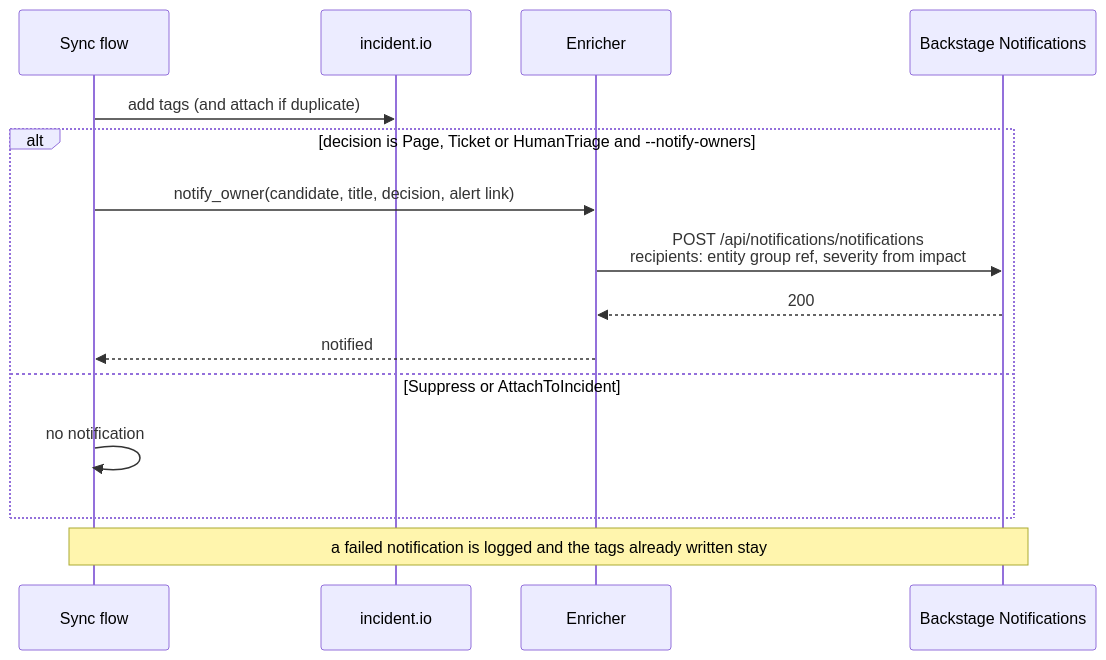
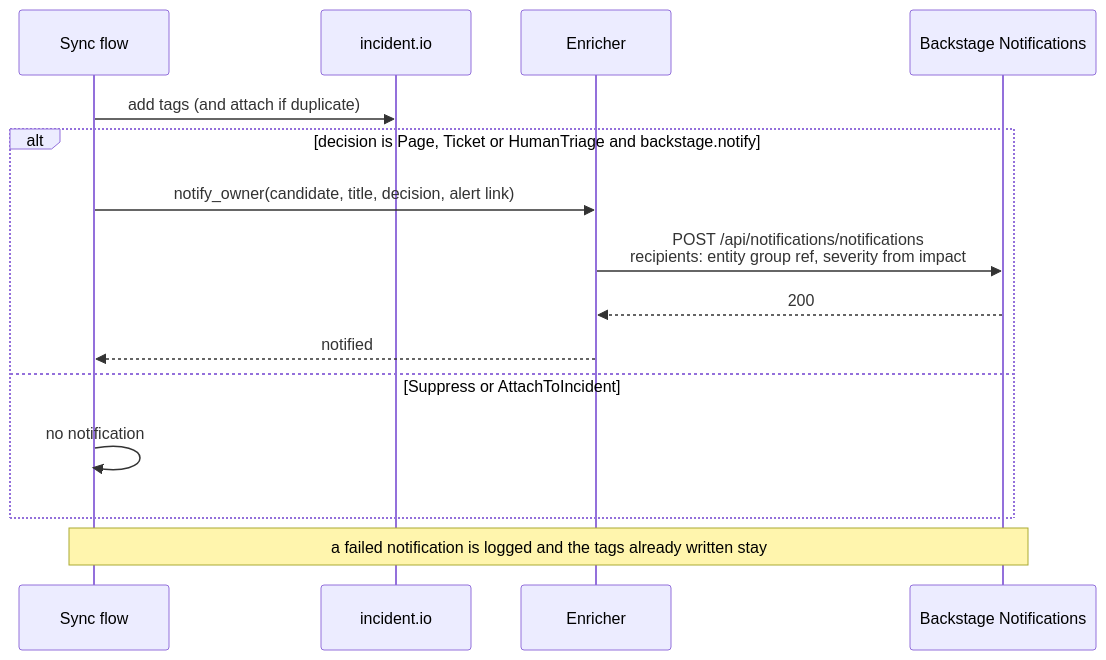
The fourth of 4 diagrams in docs/backstage.md (chussenot/signalman), drawn with Mermaid before and after one commit. The commit also changed other lines of this file and 7 other files, not shown here.

````diff
--- a/docs/backstage.md
+++ b/docs/backstage.md
@@ -88,17 +120,17 @@
 ```mermaid
 sequenceDiagram
     participant F as Sync flow
     participant IO as incident.io
     participant E as Enricher
     participant BS as Backstage Notifications
     F->>IO: add tags (and attach if duplicate)
-    alt decision is Page, Ticket or HumanTriage and --notify-owners
+    alt decision is Page, Ticket or HumanTriage and backstage.notify
         F->>E: notify_owner(candidate, title, decision, alert link)
         E->>BS: POST /api/notifications/notifications<br/>recipients: entity group ref, severity from impact
         BS-->>E: 200
         E-->>F: notified
     else Suppress or AttachToIncident
         F->>F: no notification
     end
     Note over F,BS: a failed notification is logged and the tags already written stay
 ```
````
